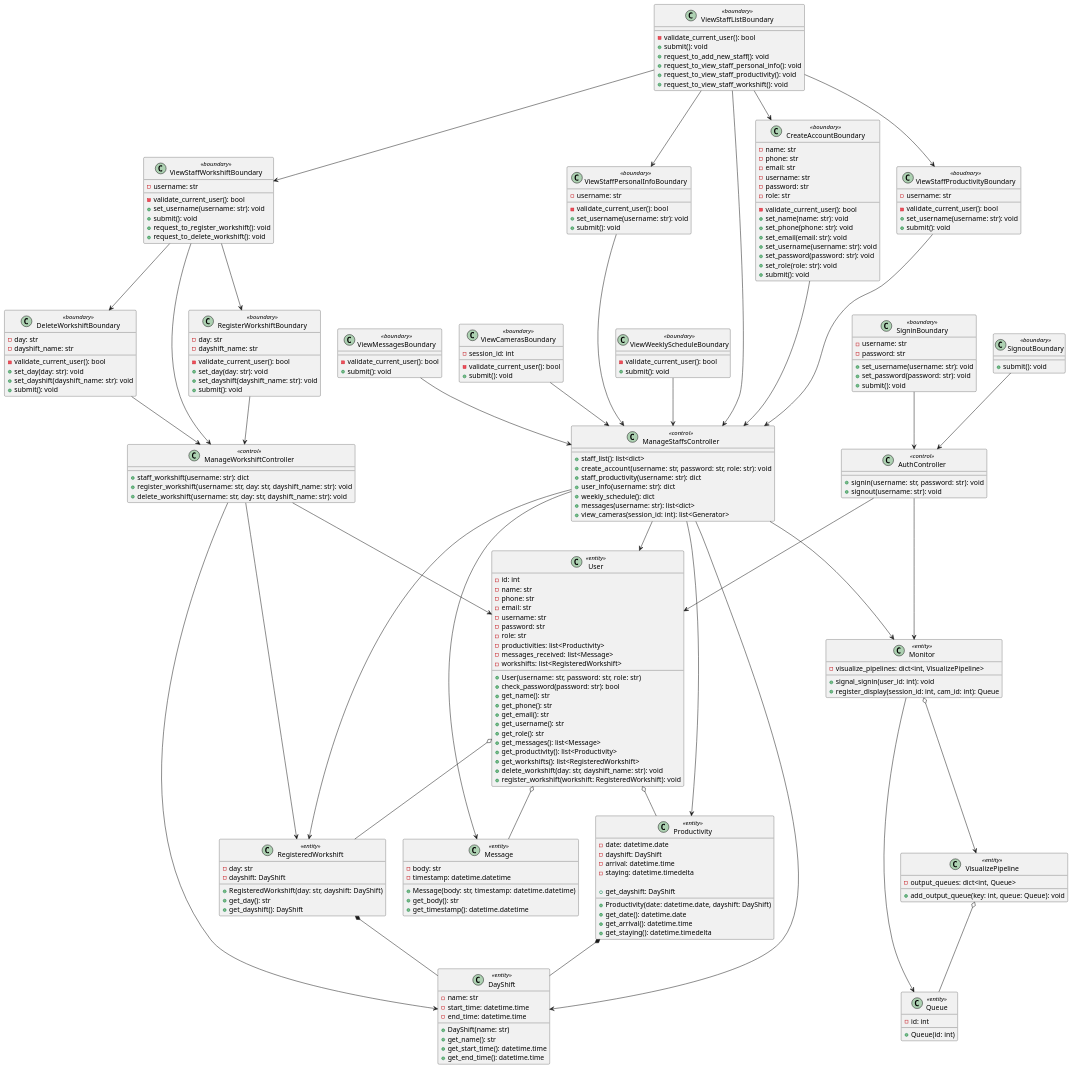
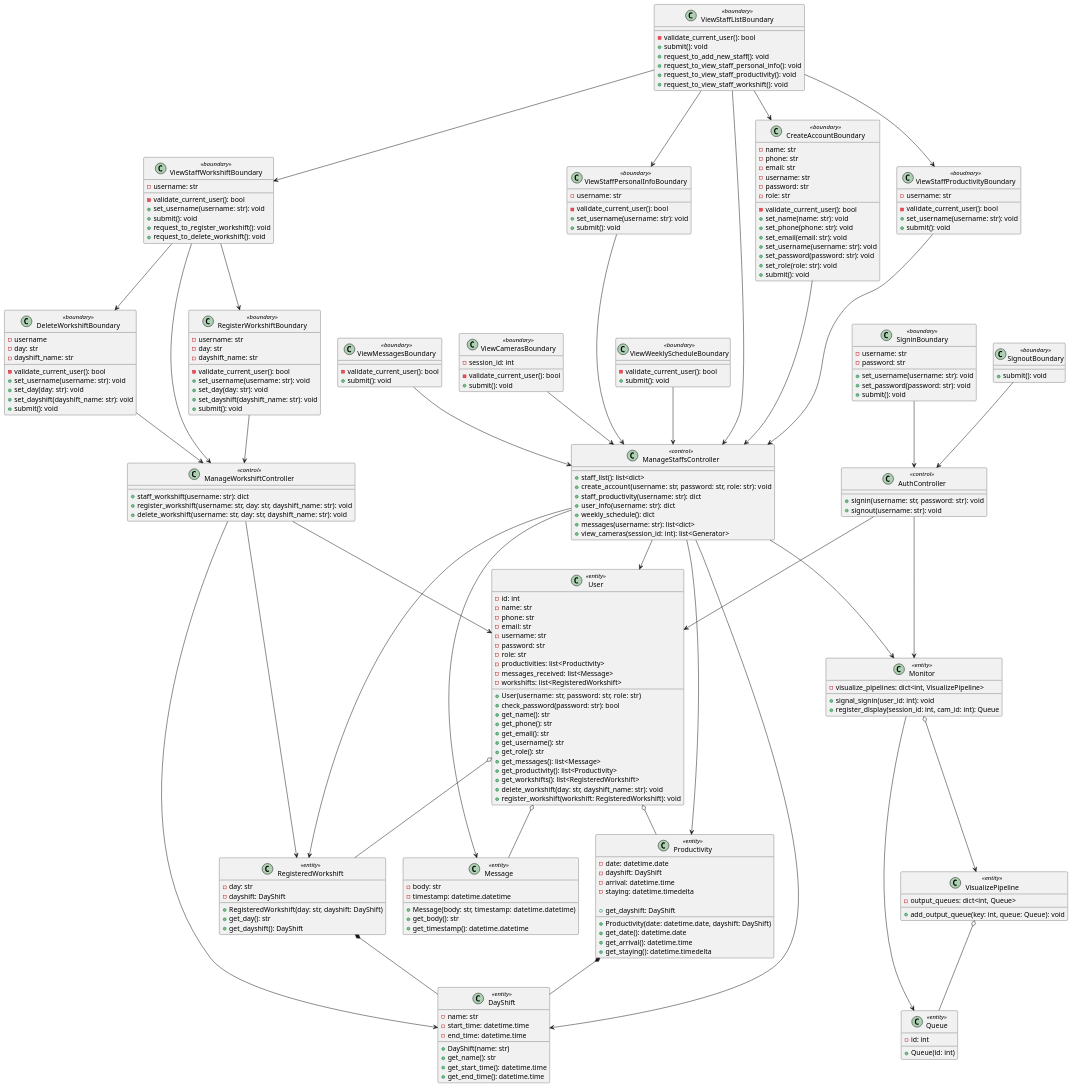
The diagram in docs/UML/Class Details/all.pu (LapTQ/MCT), drawn with PlantUML before and after one commit. The commit also changed 25 other files, not shown here.

Commit message:
update UML

```diff
--- a/docs/UML/Class Details/all.pu
+++ b/docs/UML/Class Details/all.pu
@@ -83,20 +83,24 @@
 }
 
 class RegisterWorkshiftBoundary <<boundary>> {
+    - username: str
     - day: str
     - dayshift_name: str
 
     - validate_current_user(): bool
+    + set_username(username: str): void
     + set_day(day: str): void
     + set_dayshift(dayshift_name: str): void
     + submit(): void
 }
 
 class DeleteWorkshiftBoundary <<boundary>> {
+    - username
     - day: str
     - dayshift_name: str
     
     - validate_current_user(): bool
+    + set_username(username: str): void
     + set_day(day: str): void
     + set_dayshift(dayshift_name: str): void
     + submit(): void
```
